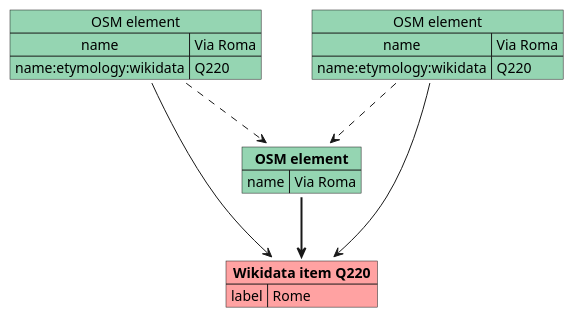
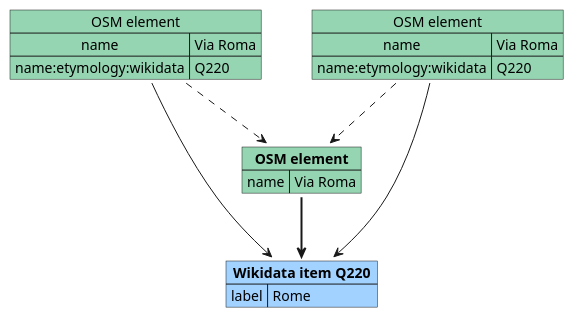
The diagram in images/data/propagation.plantuml (Danysan1/osm-wikidata-map-framework), drawn with PlantUML before and after one commit. The commit also changed 29 other files, not shown here.

```diff
--- a/images/data/propagation.plantuml
+++ b/images/data/propagation.plantuml
@@ -1,26 +1,26 @@
 @startuml propagation
 
 map "OSM element" as osma #95d5b2 {
   name => Via Roma
   name:etymology:wikidata => Q220
 }
-map "**Wikidata item Q220**" as wikia #ffa2a2 {
+map "**Wikidata item Q220**" as wikia #a2d2ff {
   label => Rome
 }
 
 map "OSM element" as osmb #95d5b2 {
   name => Via Roma
   name:etymology:wikidata => Q220
 }
 
 map "**OSM element**" as osmc #95d5b2 {
   name => Via Roma
 }
 
 osma -> wikia
 osmb -> wikia
 osmc -[bold]-> wikia
 osma ..> osmc
 osmb ..> osmc
 
 @enduml
```
